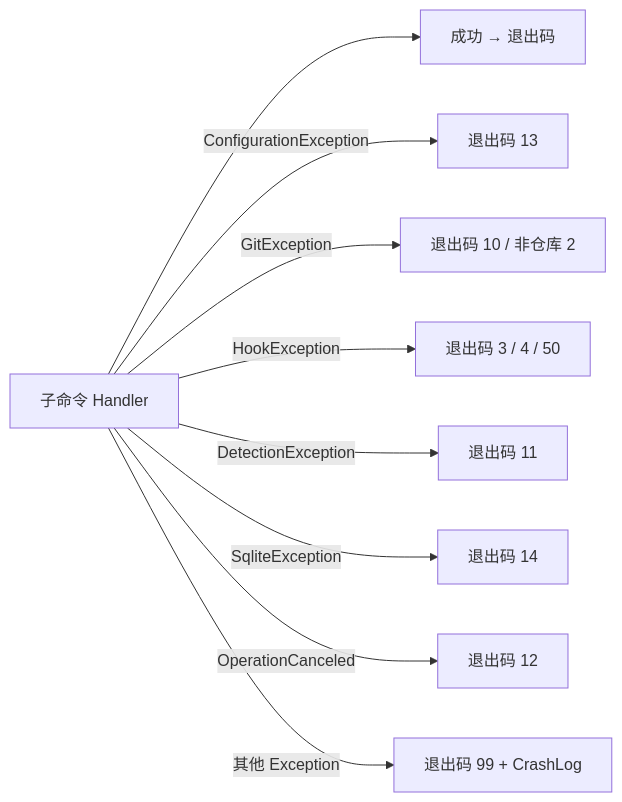
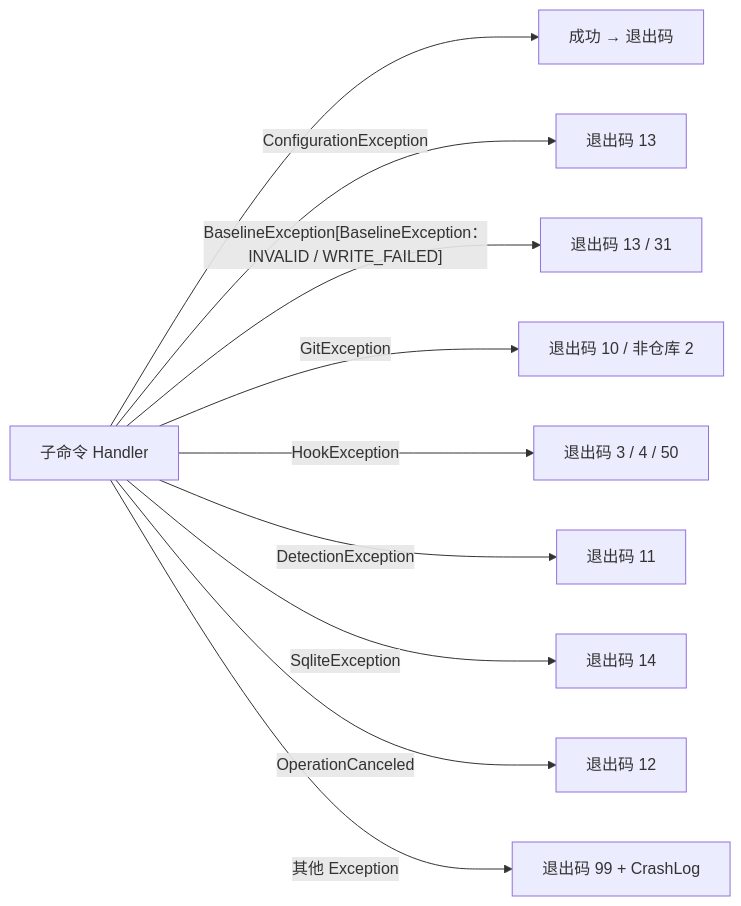
One commit to Camefor/GitGuard changed the fourth of 4 diagrams in docs/模块设计/Cli.md. Above: the diagram before and after it, drawn with Mermaid. The commit also changed other lines of this file and 34 other files, not shown here.

````diff
--- a/docs/模块设计/Cli.md
+++ b/docs/模块设计/Cli.md
@@ -117,11 +123,12 @@
 ```mermaid
 flowchart LR
     Call[子命令 Handler] --> OK[成功 → 退出码]
     Call -- ConfigurationException --> E13[退出码 13]
+    Call -- BaselineException[BaselineException：INVALID / WRITE_FAILED] --> E13_31[退出码 13 / 31]
     Call -- GitException --> E10[退出码 10 / 非仓库 2]
     Call -- HookException --> EH[退出码 3 / 4 / 50]
     Call -- DetectionException --> E11[退出码 11]
     Call -- SqliteException --> E14[退出码 14]
     Call -- OperationCanceled --> E12[退出码 12]
     Call -- 其他 Exception --> E99[退出码 99 + CrashLog]
 ```
````
